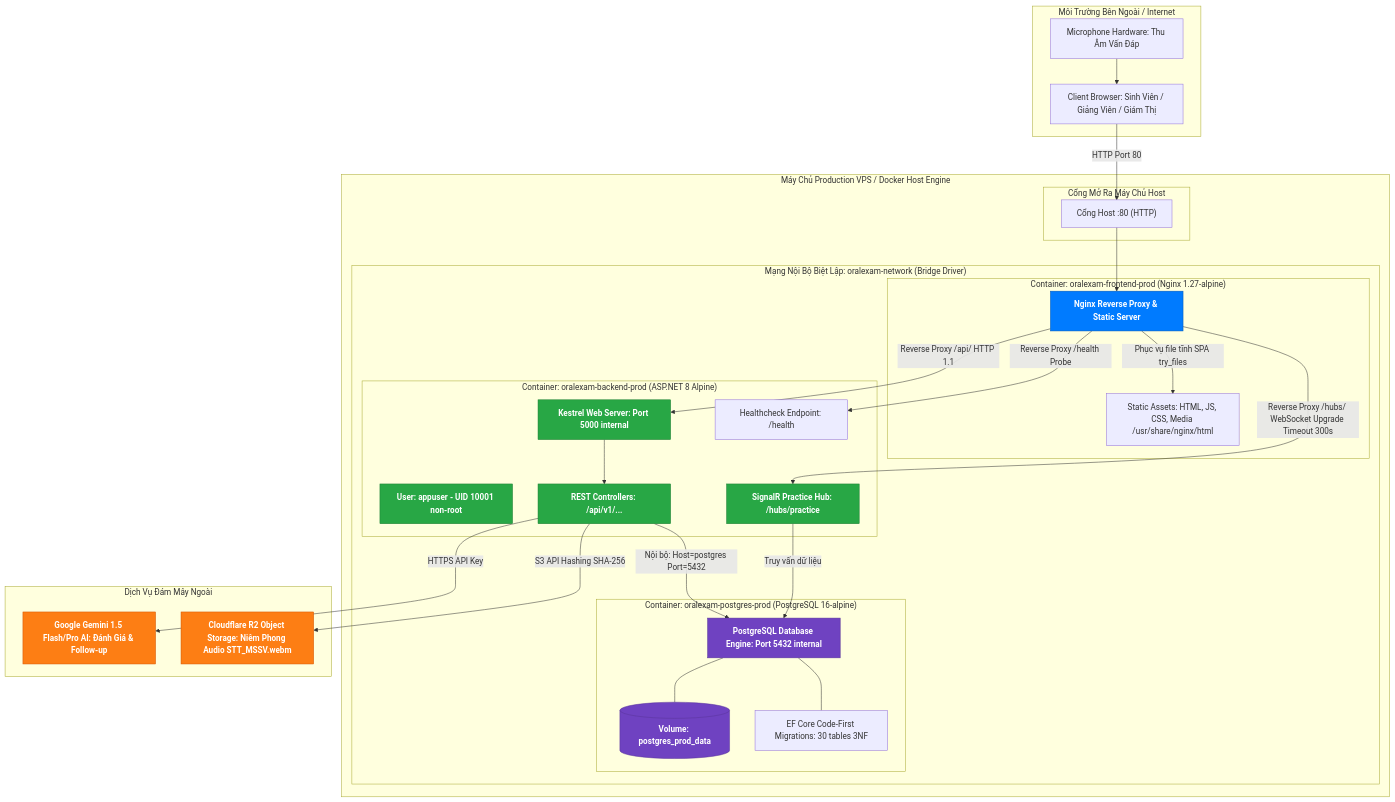
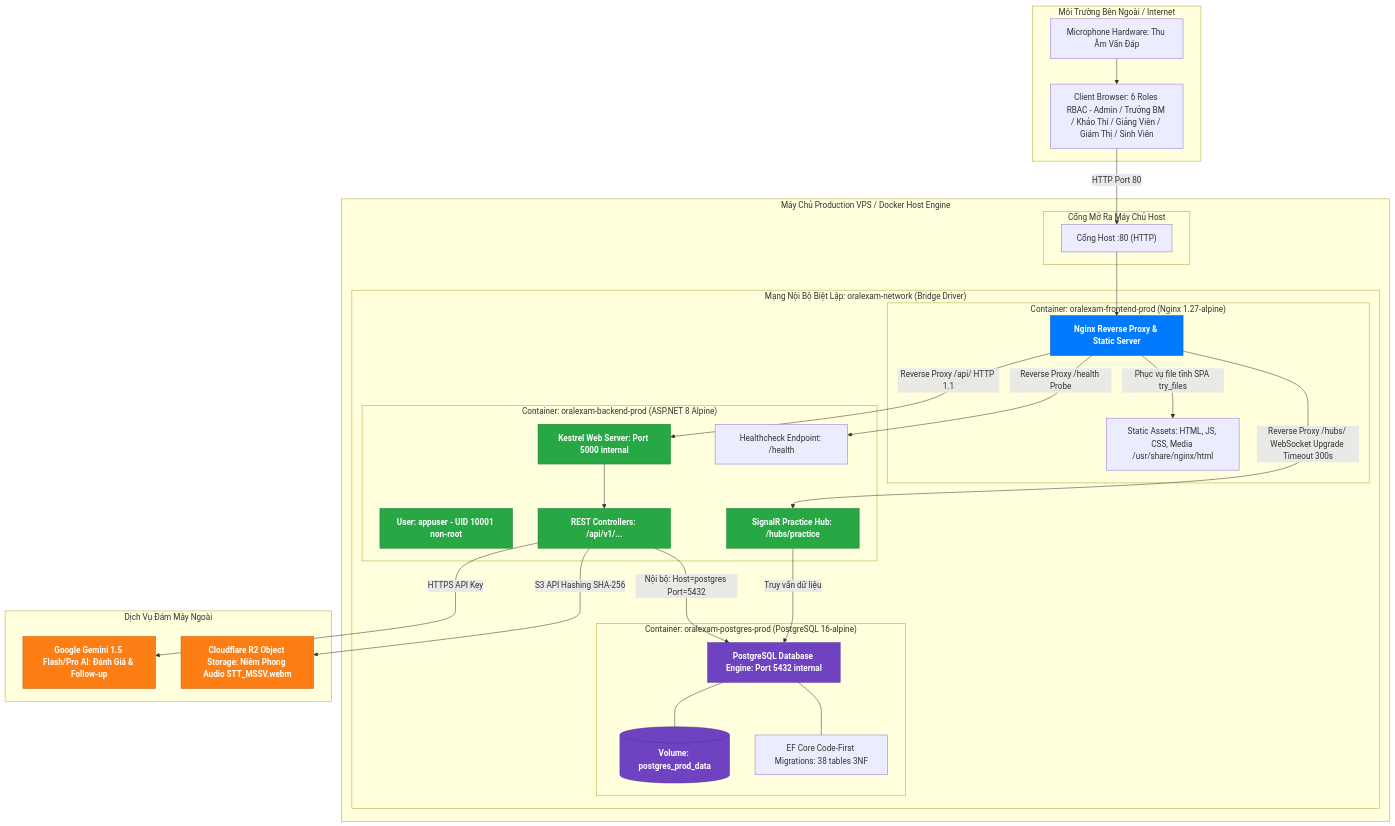
The third of 3 diagrams in docs/04_devops_and_workflow/CICD_AND_DEVOPS_GUIDE.md (An-LLM-based-Oral-Examination/oral-exam-system), drawn with Mermaid before and after one commit. The commit also changed other lines of this file and 162 other files, not shown here.

Commit message:
feat(official-exam): sync 6 roles rbac, course clos, anti-cheat logs and architecture docs

````diff
--- a/docs/04_devops_and_workflow/CICD_AND_DEVOPS_GUIDE.md
+++ b/docs/04_devops_and_workflow/CICD_AND_DEVOPS_GUIDE.md
@@ -181,67 +181,67 @@
 ```mermaid
 graph TB
     subgraph Internet_Zone [Môi Trường Bên Ngoài / Internet]
-        Browser[Client Browser: Sinh Viên / Giảng Viên / Giám Thị]
+        Browser[Client Browser: 6 Roles RBAC - Admin / Trưởng BM / Khảo Thí / Giảng Viên / Giám Thị / Sinh Viên]
         Mic[Microphone Hardware: Thu Âm Vấn Đáp]
     end
 
     subgraph Host_Machine [Máy Chủ Production VPS / Docker Host Engine]
         subgraph Ports_Mapping [Cổng Mở Ra Máy Chủ Host]
             HostPort80["Cổng Host :80 (HTTP)"]
         end
 
         subgraph Docker_Network ["Mạng Nội Bộ Biệt Lập: oralexam-network (Bridge Driver)"]
             subgraph Container_Frontend ["Container: oralexam-frontend-prod (Nginx 1.27-alpine)"]
                 NginxEdge[Nginx Reverse Proxy & Static Server]
                 SPAFiles[Static Assets: HTML, JS, CSS, Media /usr/share/nginx/html]
             end
 
             subgraph Container_Backend ["Container: oralexam-backend-prod (ASP.NET 8 Alpine)"]
                 AppUser[User: appuser - UID 10001 non-root]
                 Kestrel[Kestrel Web Server: Port 5000 internal]
                 SignalRHub[SignalR Practice Hub: /hubs/practice]
                 RestControllers[REST Controllers: /api/v1/...]
                 HealthProbe[Healthcheck Endpoint: /health]
             end
 
             subgraph Container_Database ["Container: oralexam-postgres-prod (PostgreSQL 16-alpine)"]
                 PGServer[PostgreSQL Database Engine: Port 5432 internal]
                 PGData[(Volume: postgres_prod_data)]
-                EFCoreMigrations[EF Core Code-First Migrations: 30 tables 3NF]
+                EFCoreMigrations[EF Core Code-First Migrations: 38 tables 3NF]
             end
         end
     end
 
     subgraph External_Cloud [Dịch Vụ Đám Mây Ngoài]
         CloudGemini[Google Gemini 1.5 Flash/Pro AI: Đánh Giá & Follow-up]
         CloudR2[Cloudflare R2 Object Storage: Niêm Phong Audio STT_MSSV.webm]
     end
 
     Browser -->|HTTP Port 80| HostPort80
     Mic --> Browser
     HostPort80 --> NginxEdge
 
     NginxEdge -->|Phục vụ file tĩnh SPA try_files| SPAFiles
     NginxEdge -->|Reverse Proxy /api/ HTTP 1.1| Kestrel
     NginxEdge -->|Reverse Proxy /hubs/ WebSocket Upgrade Timeout 300s| SignalRHub
     NginxEdge -->|Reverse Proxy /health Probe| HealthProbe
 
     Kestrel --> RestControllers
     RestControllers -->|Nội bộ: Host=postgres Port=5432| PGServer
     SignalRHub -->|Truy vấn dữ liệu| PGServer
     PGServer --- PGData
     PGServer --- EFCoreMigrations
 
     RestControllers -->|HTTPS API Key| CloudGemini
     RestControllers -->|S3 API Hashing SHA-256| CloudR2
 
     classDef edgeStyle fill:#007bff,stroke:#0056b3,color:#ffffff,font-weight:bold;
     classDef beStyle fill:#28a745,stroke:#1e7e34,color:#ffffff,font-weight:bold;
     classDef dbStyle fill:#6f42c1,stroke:#59359a,color:#ffffff,font-weight:bold;
     classDef cloudStyle fill:#fd7e14,stroke:#d35400,color:#ffffff,font-weight:bold;
 
     class NginxEdge edgeStyle;
     class Kestrel,SignalRHub,RestControllers,AppUser beStyle;
     class PGServer,PGData dbStyle;
     class CloudGemini,CloudR2 cloudStyle;
 ```
````
